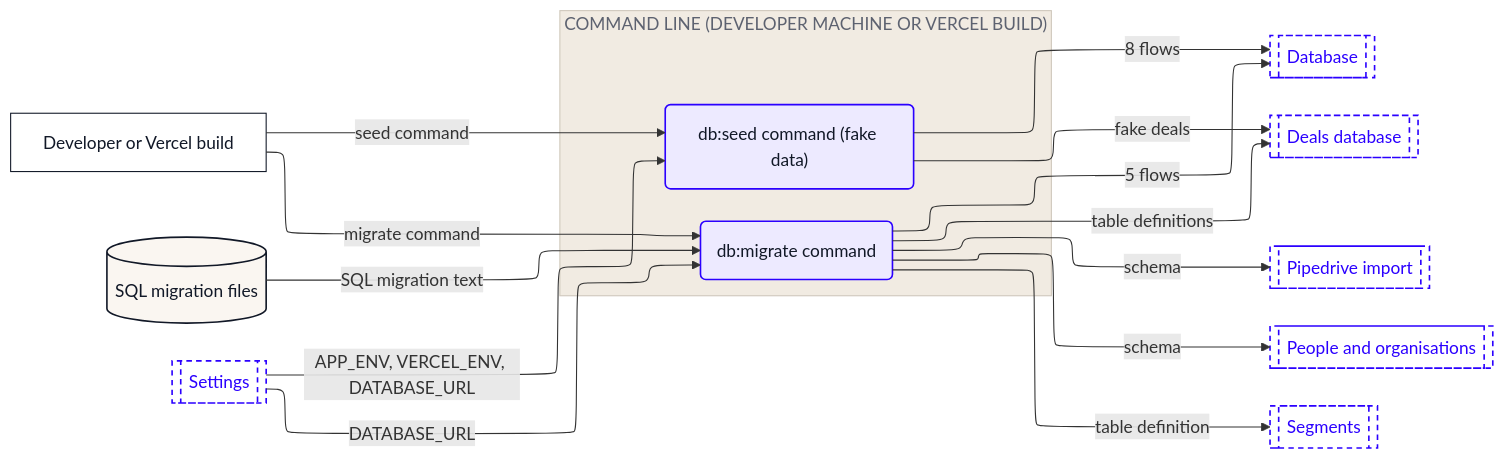
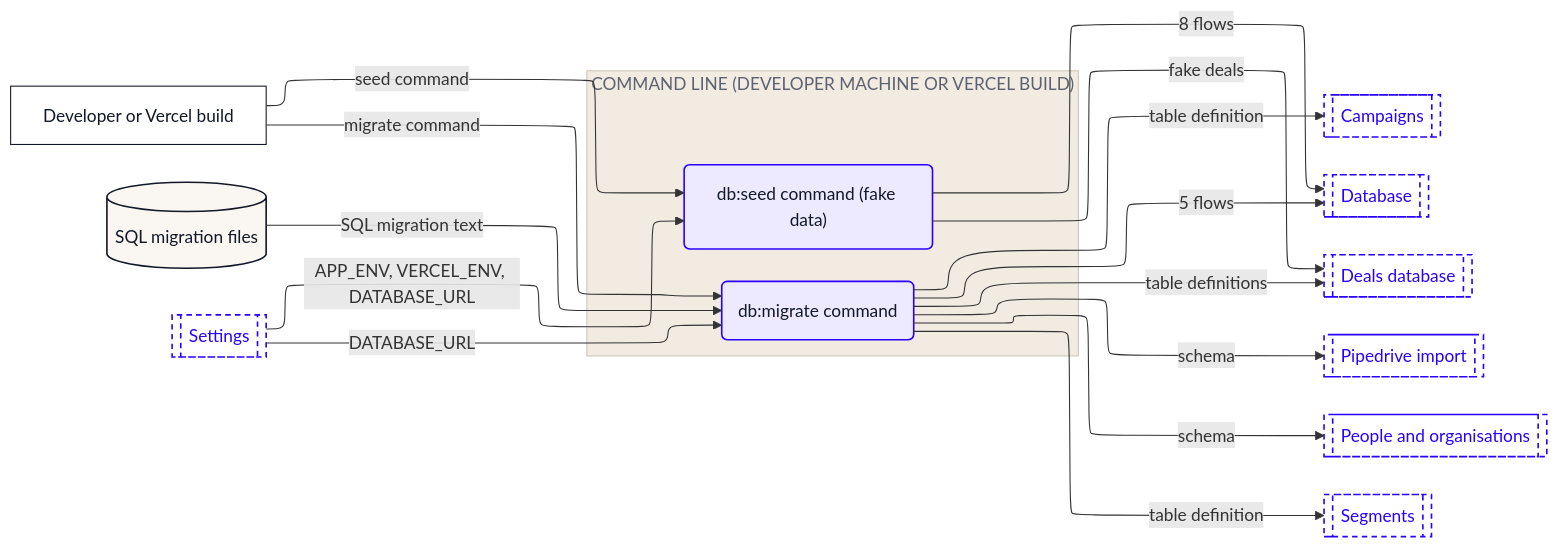
Before and after one commit to Romain-Perche/Barnacle-Pipe: the fifth of 15 diagrams in dataflow/DATAFLOW.md, drawn with Mermaid. The commit also changed other lines of this file and 12 other files, not shown here.

````diff
--- a/dataflow/DATAFLOW.md
+++ b/dataflow/DATAFLOW.md
@@ -300,42 +345,44 @@
 ```mermaid
 ---
 config:
   layout: elk
 ---
 flowchart LR
     n1["Developer or Vercel build"]
     n2[("SQL migration files")]
     subgraph z1["COMMAND LINE (DEVELOPER MACHINE OR VERCEL BUILD)"]
         n3("db:migrate command")
         n4("db:seed command (fake data)")
     end
-    n5[["Database"]]
-    n6[["Deals database"]]
-    n7[["Pipedrive import"]]
-    n8[["People and organisations"]]
-    n9[["Segments"]]
-    n10[["Settings"]]
+    n5[["Campaigns"]]
+    n6[["Database"]]
+    n7[["Deals database"]]
+    n8[["Pipedrive import"]]
+    n9[["People and organisations"]]
+    n10[["Segments"]]
+    n11[["Settings"]]
     n1 -->|"migrate command"| n3
     n1 -->|"seed command"| n4
-    n10 -->|"DATABASE_URL"| n3
-    n10 -->|"APP_ENV, VERCEL_ENV, DATABASE_URL"| n4
-    n3 -->|"5 flows"| n5
-    n3 -->|"table definitions"| n6
+    n11 -->|"DATABASE_URL"| n3
+    n11 -->|"APP_ENV, VERCEL_ENV, DATABASE_URL"| n4
+    n3 -->|"5 flows"| n6
+    n3 -->|"table definition"| n5
+    n3 -->|"table definitions"| n7
+    n3 -->|"schema"| n9
     n3 -->|"schema"| n8
-    n3 -->|"schema"| n7
-    n3 -->|"table definition"| n9
+    n3 -->|"table definition"| n10
     n2 -->|"SQL migration text"| n3
-    n4 -->|"8 flows"| n5
-    n4 -->|"fake deals"| n6
+    n4 -->|"8 flows"| n6
+    n4 -->|"fake deals"| n7
     classDef actor fill:#FFFFFF,stroke:#111827,stroke-width:1px,color:#111827
     classDef process fill:#EDEAFF,stroke:#2B00FF,stroke-width:1.5px,color:#111827
     classDef store fill:#FAF6F1,stroke:#111827,stroke-width:1.5px,color:#111827
     classDef zone fill:#1A1A1A,stroke:#1A1A1A,color:#FFFFFF
     classDef group fill:#2B00FF,stroke:#2B00FF,color:#FFFFFF
     classDef stub fill:#FFFFFF,stroke:#2B00FF,stroke-width:1.5px,stroke-dasharray:5 4,color:#2B00FF
     class n1 actor
     class n3,n4 process
     class n2 store
-    class n5,n6,n7,n8,n9,n10 stub
+    class n5,n6,n7,n8,n9,n10,n11 stub
     style z1 fill:#F1EBE2,stroke:#CFC7BB,color:#5D6270
 ```
````
